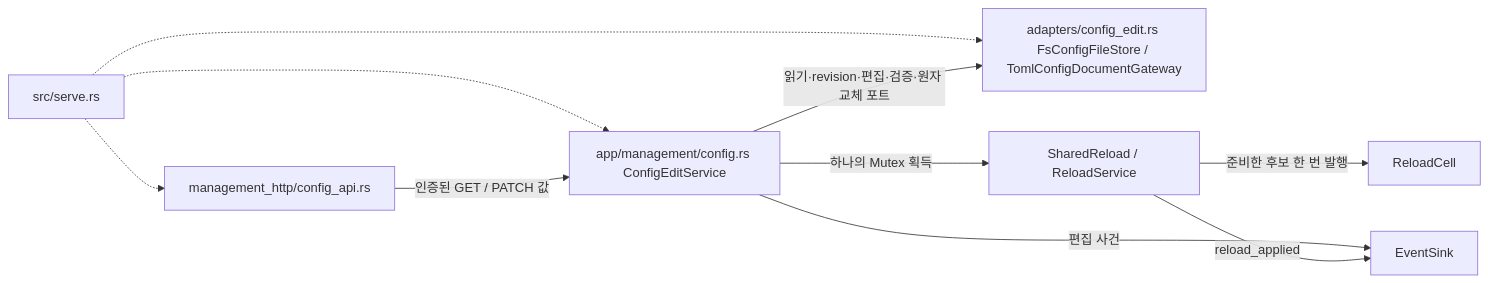
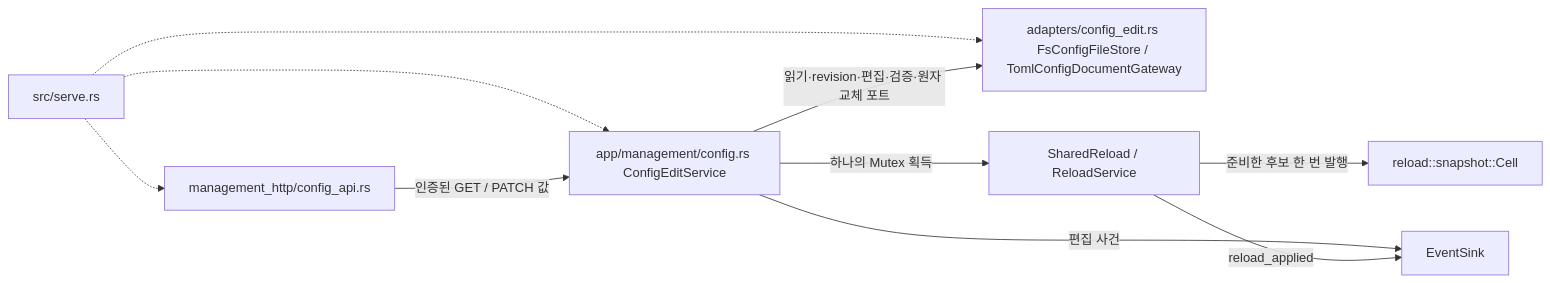
One commit to kayden-kim/vnc-relay changed the diagram in docs/architectures/config-edit.md. Above: the diagram before and after it, drawn with Mermaid. The commit also changed other lines of this file and 58 other files, not shown here.

````diff
--- a/docs/architectures/config-edit.md
+++ b/docs/architectures/config-edit.md
@@ -30,12 +30,12 @@
 ```mermaid
 flowchart LR
     S["src/serve.rs"] -.-> H["management_http/config_api.rs"]
     S -.-> E["app/management/config.rs ConfigEditService"]
     S -.-> F["adapters/config_edit.rs FsConfigFileStore / TomlConfigDocumentGateway"]
     H -->|"인증된 GET / PATCH 값"| E
     E -->|"하나의 Mutex 획득"| R["SharedReload / ReloadService"]
     E -->|"읽기·revision·편집·검증·원자 교체 포트"| F
-    R -->|"준비한 후보 한 번 발행"| C["ReloadCell"]
+    R -->|"준비한 후보 한 번 발행"| C["reload::snapshot::Cell"]
     E -->|"편집 사건"| L["EventSink"]
     R -->|"reload_applied"| L
 ```
````
